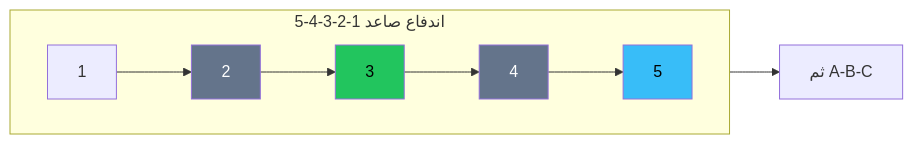
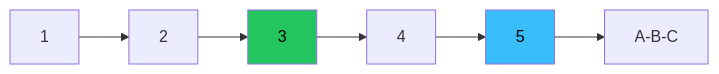
One commit to saudmoto6868-oss/ai-trading-dashboard changed the diagram in docs/academy/visual/05-elliott.md. Above: the diagram before and after it, drawn with Mermaid. The commit also changed other lines of this file and 11 other files, not shown here.

````diff
--- a/docs/academy/visual/05-elliott.md
+++ b/docs/academy/visual/05-elliott.md
@@ -11,15 +11,6 @@
 ```mermaid
 flowchart LR
-  subgraph Impulse["اندفاع صاعد 1-2-3-4-5"]
-    direction LR
-    W1[1] --> W2[2]
-    W2 --> W3[3]
-    W3 --> W4[4]
-    W4 --> W5[5]
-  end
-  W5 --> ABC["ثم A-B-C"]
+  W1[1] --> W2[2] --> W3[3] --> W4[4] --> W5[5] --> ABC[A-B-C]
   style W3 fill:#22c55e,color:#000
-  style W2 fill:#64748b,color:#fff
-  style W4 fill:#64748b,color:#fff
   style W5 fill:#38bdf8,color:#000
 ```
````
